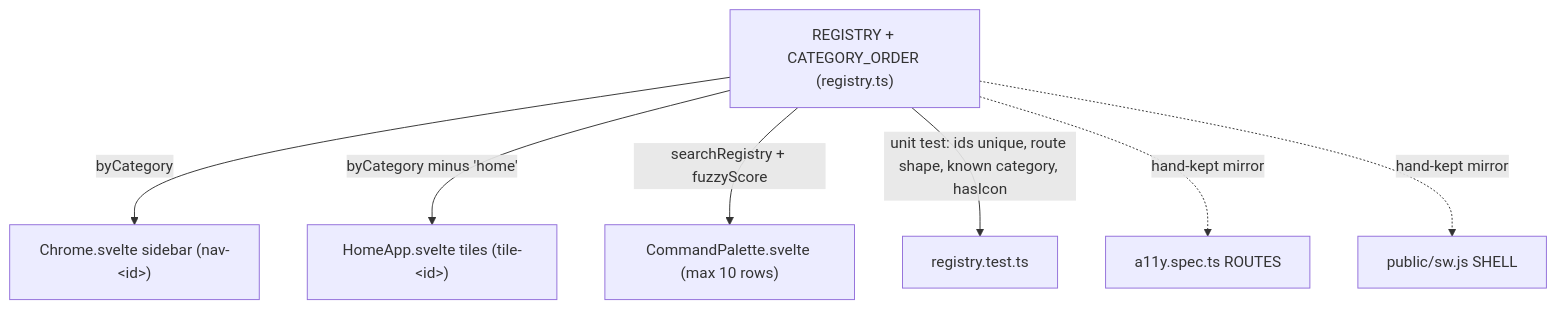
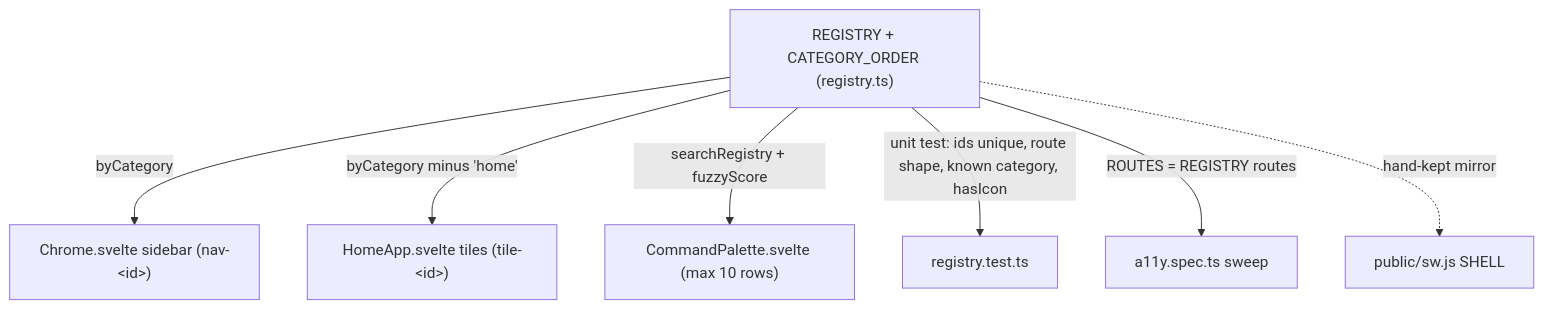
One commit to Kieran-s-Artisnal-Slop-Factory/useful changed the first of 3 diagrams in docs/dev/app-shell-navigation.md. Above: the diagram before and after it, drawn with Mermaid. The commit also changed other lines of this file and 44 other files, not shown here.

````diff
--- a/docs/dev/app-shell-navigation.md
+++ b/docs/dev/app-shell-navigation.md
@@ -67,10 +67,10 @@
 ```mermaid
 flowchart TD
   R["REGISTRY + CATEGORY_ORDER (registry.ts)"]
   R -->|byCategory| S["Chrome.svelte sidebar (nav-&lt;id&gt;)"]
   R -->|"byCategory minus 'home'"| H["HomeApp.svelte tiles (tile-&lt;id&gt;)"]
   R -->|"searchRegistry + fuzzyScore"| P["CommandPalette.svelte (max 10 rows)"]
   R -->|"unit test: ids unique, route shape, known category, hasIcon"| U["registry.test.ts"]
-  R -.->|"hand-kept mirror"| A["a11y.spec.ts ROUTES"]
+  R -->|"ROUTES = REGISTRY routes"| A["a11y.spec.ts sweep"]
   R -.->|"hand-kept mirror"| W["public/sw.js SHELL"]
 ```
````
